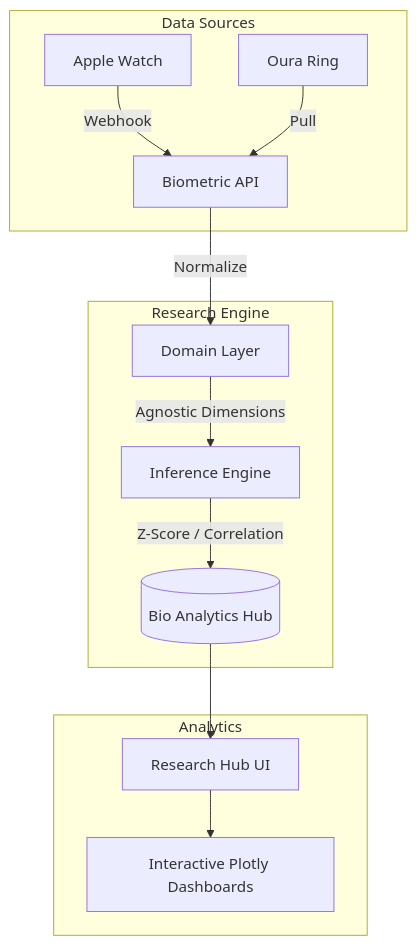
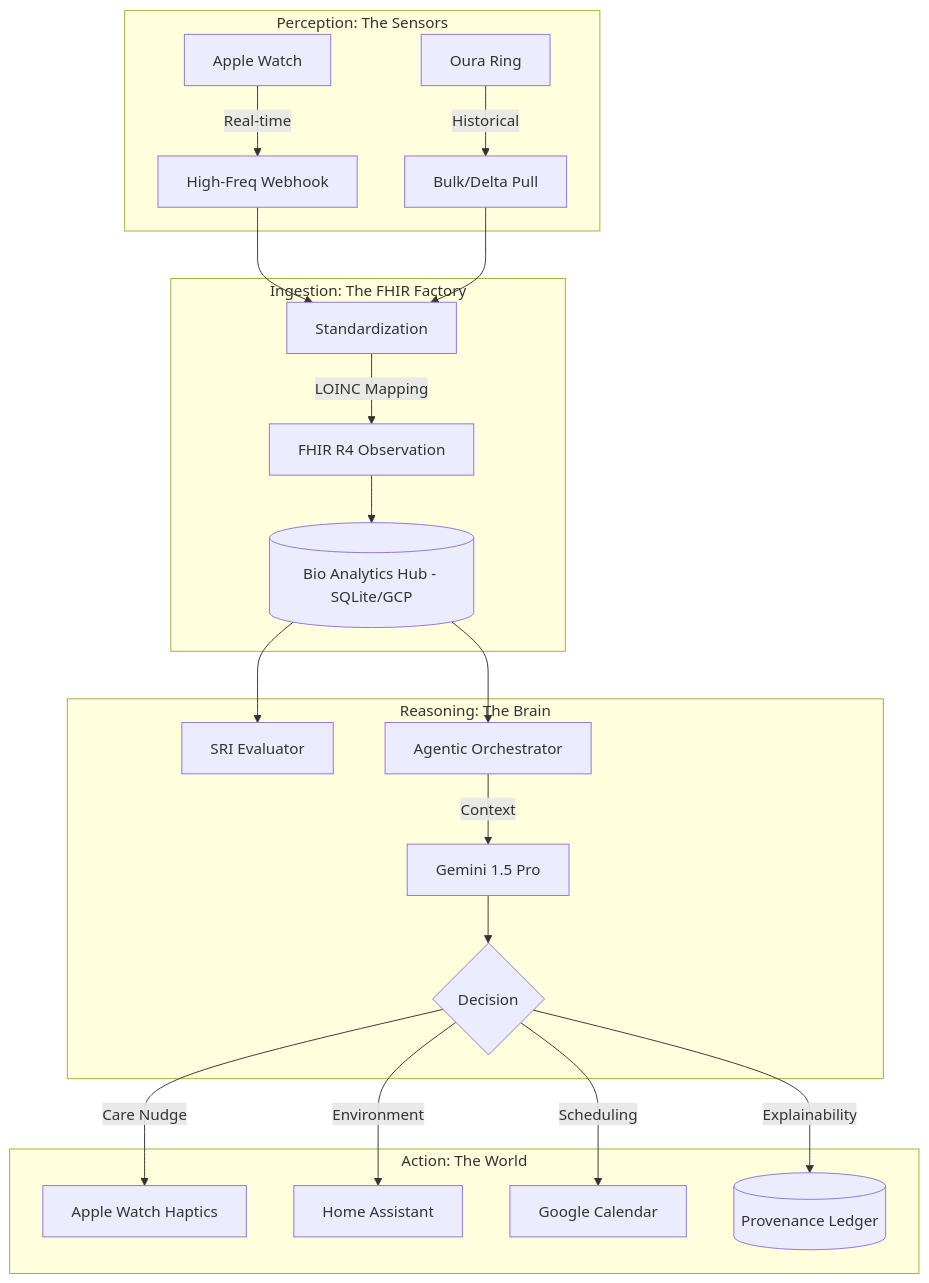
The diagram in README.md (kshitija369/bio-analytics-hub), drawn with Mermaid before and after one commit. The commit also changed other lines of this file, not shown here.

Commit message:
docs: finalize exhaustive documentation with macro/micro architecture, user journeys, and feature roadmap

````diff
--- a/README.md
+++ b/README.md
@@ -16,18 +11,27 @@
 ```mermaid
 graph TD
-    subgraph Data_Sources [Data Sources]
-        A[Apple Watch] -->|Webhook| B[Biometric API]
-        O[Oura Ring] -->|Pull| B
+    subgraph Layer_1_Perception [Perception: The Sensors]
+        A[Apple Watch] -->|Real-time| B[High-Freq Webhook]
+        O[Oura Ring] -->|Historical| C[Bulk/Delta Pull]
     end
 
-    subgraph Core_Engine [Research Engine]
-        B -->|Normalize| D[Domain Layer]
-        D -->|Agnostic Dimensions| E[Inference Engine]
-        E -->|Z-Score / Correlation| F[(Bio Analytics Hub)]
+    subgraph Layer_2_Ingestion [Ingestion: The FHIR Factory]
+        B & C --> D[Standardization]
+        D -->|LOINC Mapping| E[FHIR R4 Observation]
+        E --> F[(Bio Analytics Hub - SQLite/GCP)]
     end
 
-    subgraph Visualization [Analytics]
-        F --> G[Research Hub UI]
-        G --> H[Interactive Plotly Dashboards]
+    subgraph Layer_3_Reasoning [Reasoning: The Brain]
+        F --> G[SRI Evaluator]
+        F --> H[Agentic Orchestrator]
+        H -->|Context| I[Gemini 1.5 Pro]
+        I --> J{Decision}
+    end
+
+    subgraph Layer_4_Action [Action: The World]
+        J -->|Care Nudge| K[Apple Watch Haptics]
+        J -->|Environment| L[Home Assistant]
+        J -->|Scheduling| M[Google Calendar]
+        J -->|Explainability| N[(Provenance Ledger)]
     end
 ```
````
